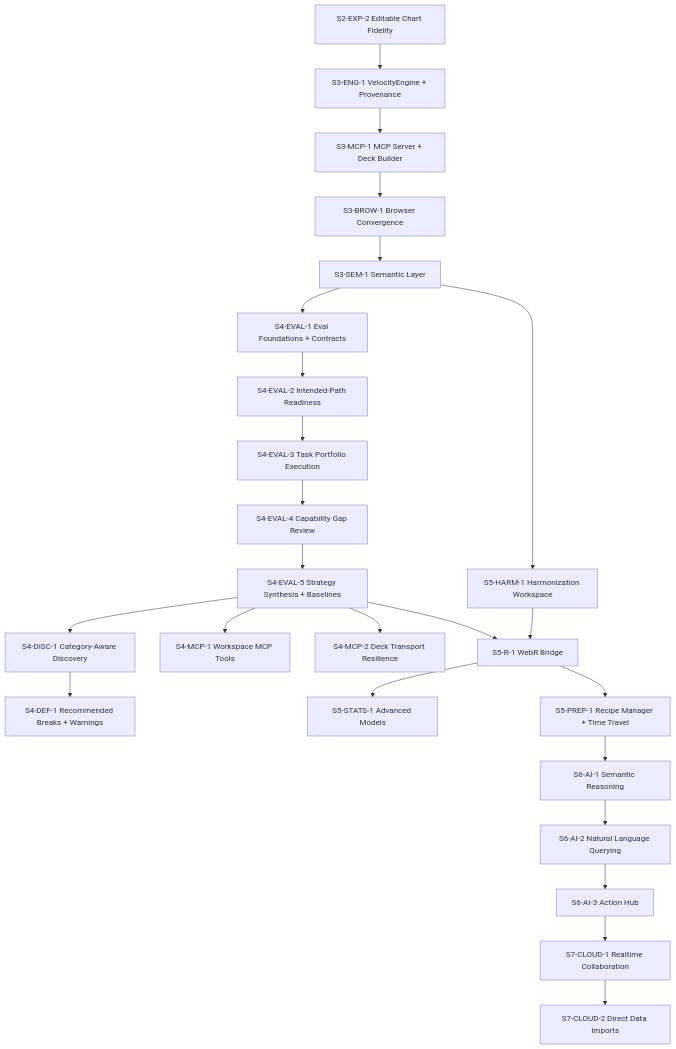
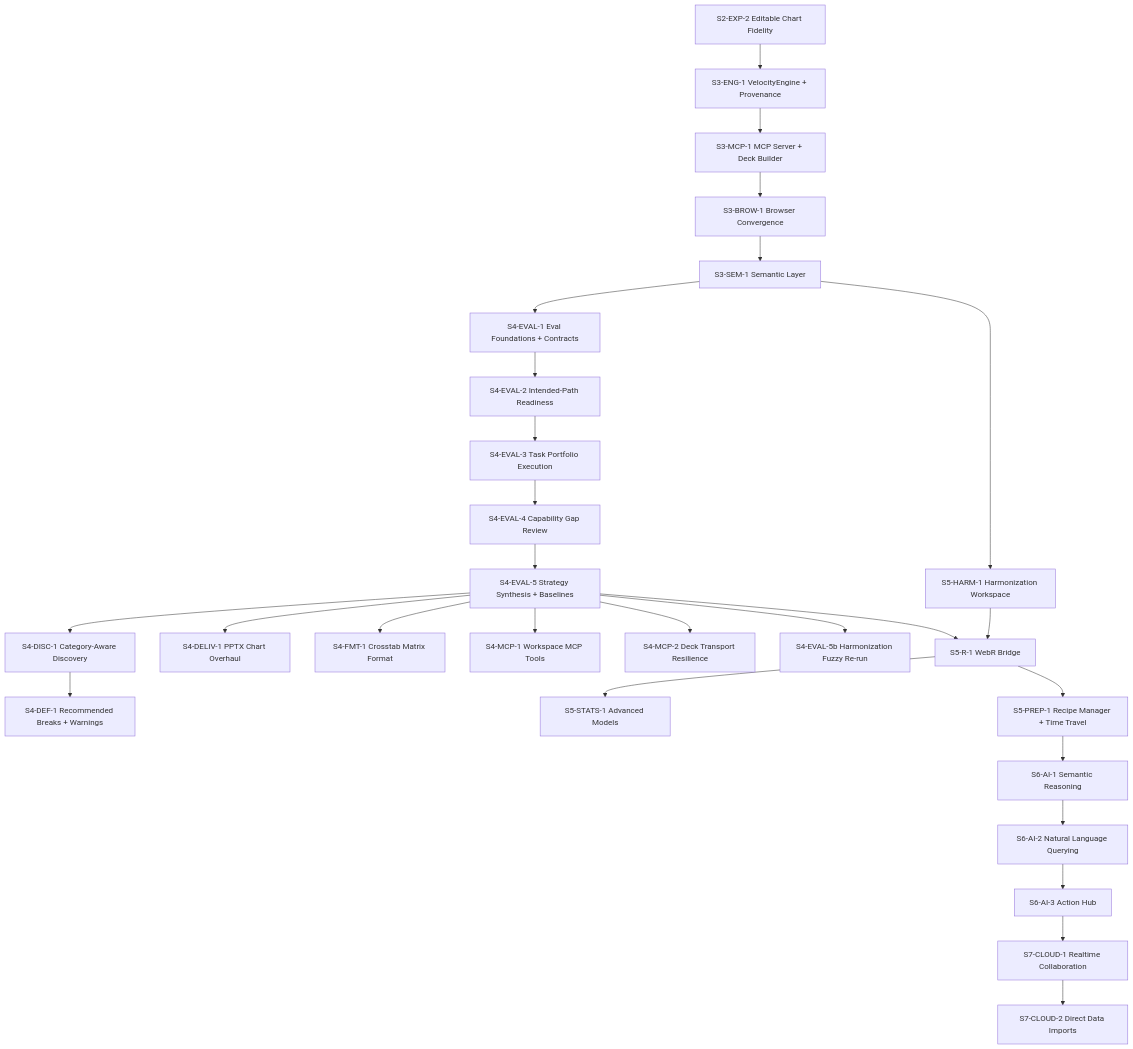
Before and after one commit to cbrown564-alt/Velocity: the diagram in docs/tracker_00_implementation_status.md, drawn with Mermaid. The commit also changed other lines of this file and 2 other files, not shown here.

````diff
--- a/docs/tracker_00_implementation_status.md
+++ b/docs/tracker_00_implementation_status.md
@@ -33,31 +33,34 @@
 ```mermaid
 graph TD
   S2EXP2["S2-EXP-2 Editable Chart Fidelity"] --> S3ENG1["S3-ENG-1 VelocityEngine + Provenance"]
   S3ENG1 --> S3MCP1["S3-MCP-1 MCP Server + Deck Builder"]
   S3MCP1 --> S3BROW1["S3-BROW-1 Browser Convergence"]
   S3BROW1 --> S3SEM1["S3-SEM-1 Semantic Layer"]
 
   S3SEM1 --> S4EVAL1["S4-EVAL-1 Eval Foundations + Contracts"]
   S4EVAL1 --> S4EVAL2["S4-EVAL-2 Intended-Path Readiness"]
   S4EVAL2 --> S4EVAL3["S4-EVAL-3 Task Portfolio Execution"]
   S4EVAL3 --> S4EVAL4["S4-EVAL-4 Capability Gap Review"]
   S4EVAL4 --> S4EVAL5["S4-EVAL-5 Strategy Synthesis + Baselines"]
 
   S4EVAL5 --> S4DISC1["S4-DISC-1 Category-Aware Discovery"]
+  S4EVAL5 --> S4DELIV1["S4-DELIV-1 PPTX Chart Overhaul"]
+  S4EVAL5 --> S4FMT1["S4-FMT-1 Crosstab Matrix Format"]
   S4EVAL5 --> S4MCP1["S4-MCP-1 Workspace MCP Tools"]
   S4EVAL5 --> S4MCP2["S4-MCP-2 Deck Transport Resilience"]
+  S4EVAL5 --> S4EVAL5b["S4-EVAL-5b Harmonization Fuzzy Re-run"]
   S4DISC1 --> S4DEF1["S4-DEF-1 Recommended Breaks + Warnings"]
 
   S3SEM1 --> S5HARM1["S5-HARM-1 Harmonization Workspace"]
   S5HARM1 --> S5R1["S5-R-1 WebR Bridge"]
   S4EVAL5 --> S5R1
   S5R1 --> S5STATS1["S5-STATS-1 Advanced Models"]
   S5R1 --> S5PREP1["S5-PREP-1 Recipe Manager + Time Travel"]
 
   S5PREP1 --> S6AI1["S6-AI-1 Semantic Reasoning"]
   S6AI1 --> S6AI2["S6-AI-2 Natural Language Querying"]
   S6AI2 --> S6AI3["S6-AI-3 Action Hub"]
 
   S6AI3 --> S7CLOUD1["S7-CLOUD-1 Realtime Collaboration"]
   S7CLOUD1 --> S7CLOUD2["S7-CLOUD-2 Direct Data Imports"]
 ```
````
